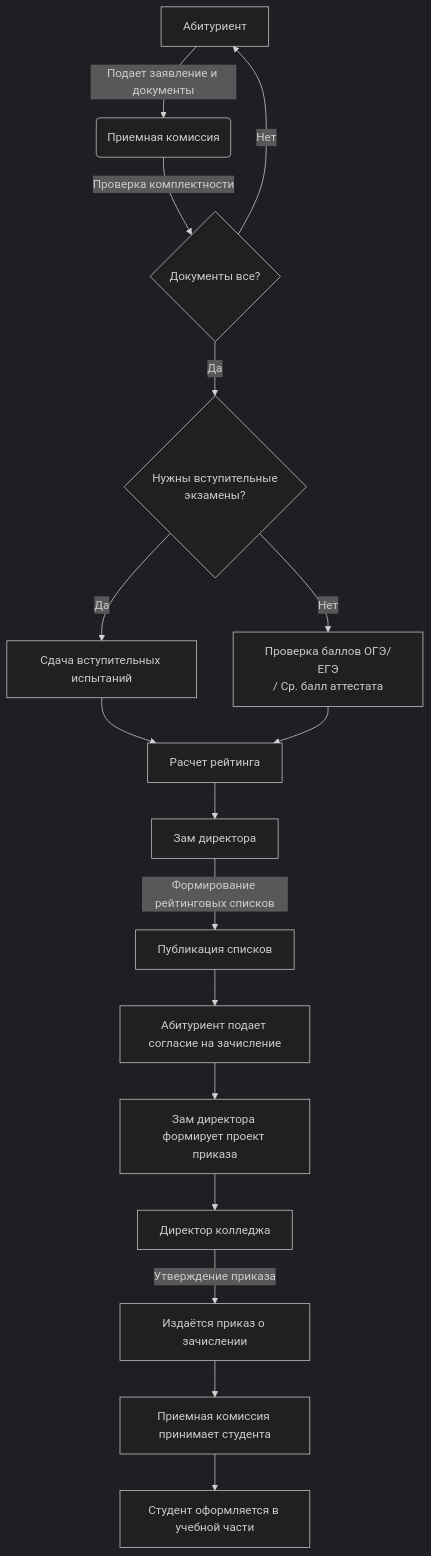
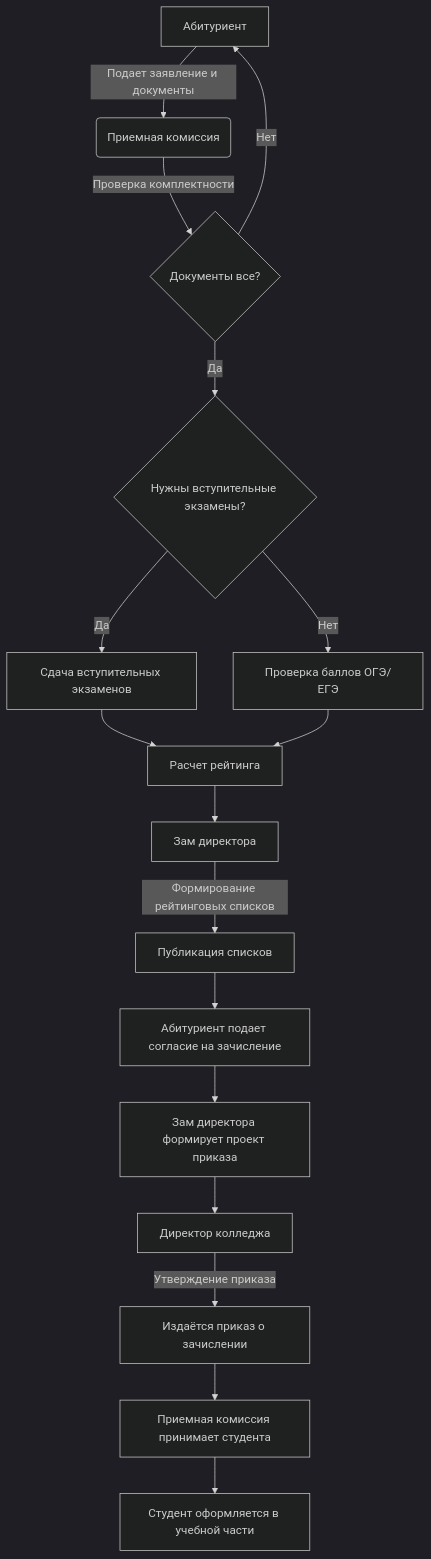
Before and after one commit to ALASTOR666-Husk/TOTAL-HELL-AGONY: the diagram in coledj.md, drawn with Mermaid (dark theme).

````diff
--- a/coledj.md
+++ b/coledj.md
@@ -1,21 +1,21 @@
 ```mermaid
 graph TD
     A[Абитуриент] -->|Подает заявление и документы| B(Приемная комиссия)
     B -->|Проверка комплектности| C{Документы все?}
     C -- Нет --> A
-    C -- Да --> Q{Нужны вступительные\nэкзамены?}
+    C -- Да --> Q{Нужны вступительные экзамены?}
     
-    Q -- Да --> D[Сдача вступительных испытаний]
-    Q -- Нет --> D2[Проверка баллов ОГЭ/ЕГЭ\n/ Ср. балл аттестата]
+    Q -- Да --> D[Сдача вступительных экзаменов]
+    Q -- Нет --> D2[Проверка баллов ОГЭ/ЕГЭ]
     
     D --> E[Расчет рейтинга]
     D2 --> E
     E --> F[Зам директора]
     F -->|Формирование рейтинговых списков| G[Публикация списков]
     G --> H[Абитуриент подает согласие на зачисление]
     H --> I[Зам директора формирует проект приказа]
     I --> J[Директор колледжа]
     J -->|Утверждение приказа| K[Издаётся приказ о зачислении]
     K --> L[Приемная комиссия принимает студента]
     L --> M[Студент оформляется в учебной части]
 ```
````
